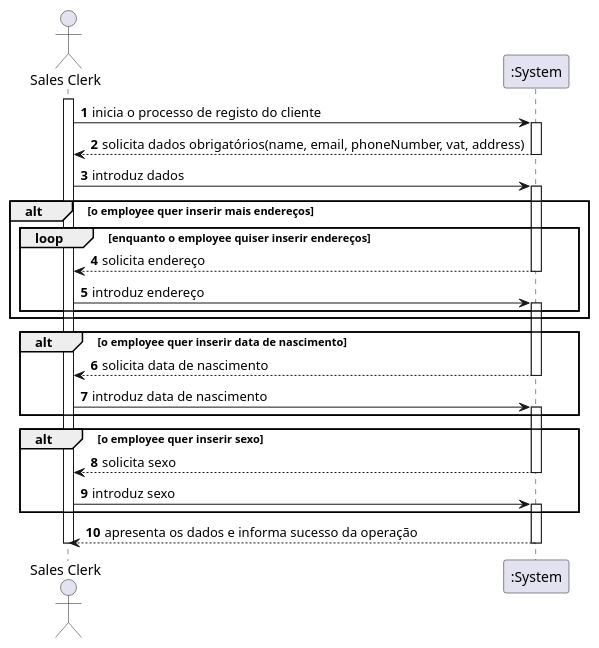
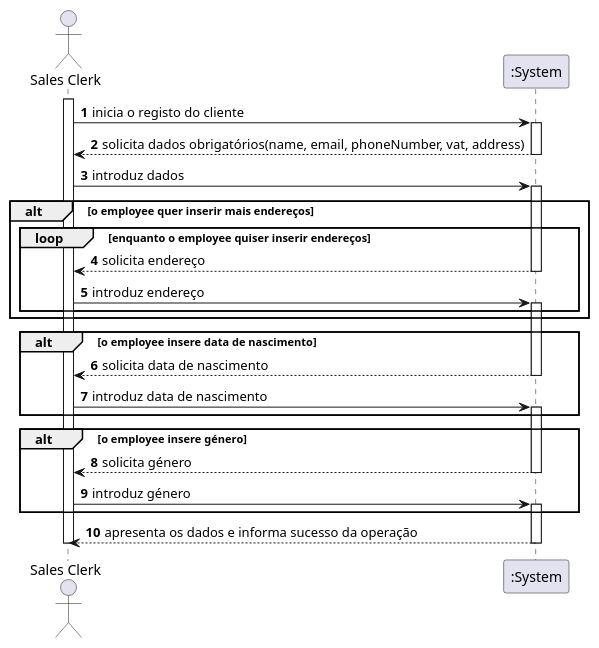
Before and after one commit to ana-albergaria/LAPR4-ISEP: the diagram in docs/1201518/US1003/SSD_Client.puml, drawn with PlantUML. The commit also changed 7 other files, not shown here.

Commit message:
issue #4 - updating diagrams

```diff
--- a/docs/1201518/US1003/SSD_Client.puml
+++ b/docs/1201518/US1003/SSD_Client.puml
@@ -1,45 +1,45 @@
 @startuml
 
 autonumber
 actor "Sales Clerk" as SC
 
 activate SC
-SC -> ":System" : inicia o processo de registo do cliente
+SC -> ":System" : inicia o registo do cliente
 activate ":System"
 ":System" --> SC : solicita dados obrigatórios(name, email, phoneNumber, vat, address)
 deactivate ":System"
 SC -> ":System" : introduz dados
 activate ":System"
 
 
 
 alt o employee quer inserir mais endereços
 loop enquanto o employee quiser inserir endereços
 ":System" --> SC : solicita endereço
 deactivate ":System"
 
 
 SC -> ":System" : introduz endereço
 activate ":System"
 end
 end
-alt o employee quer inserir data de nascimento
+alt o employee insere data de nascimento
 activate ":System"
 ":System" --> SC : solicita data de nascimento
 deactivate ":System"
 SC -> ":System" : introduz data de nascimento
 activate ":System"
 end
-alt o employee quer inserir sexo
-":System" --> SC : solicita sexo
+alt o employee insere género
+":System" --> SC : solicita género
 deactivate ":System"
-SC -> ":System" : introduz sexo
+SC -> ":System" : introduz género
 activate ":System"
 end
 ":System" --> SC : apresenta os dados e informa sucesso da operação
 deactivate ":System"
 deactivate SC
 
 
 
 @enduml
```
